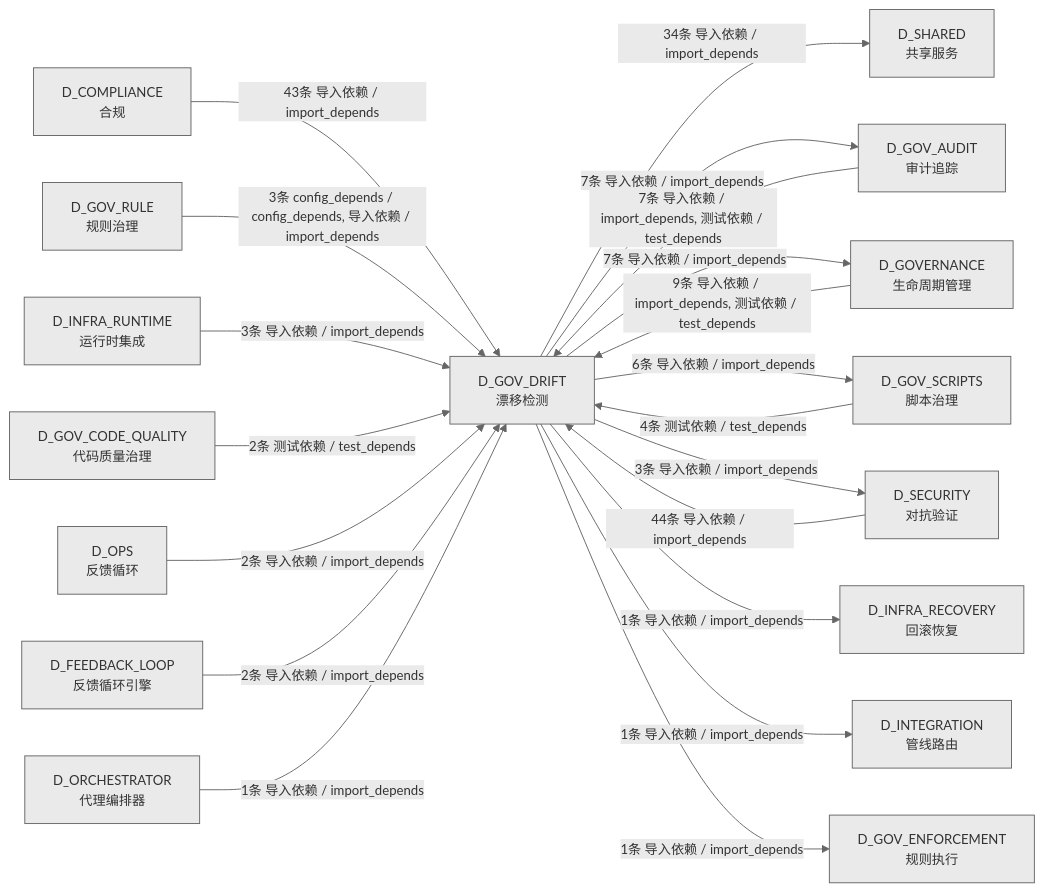
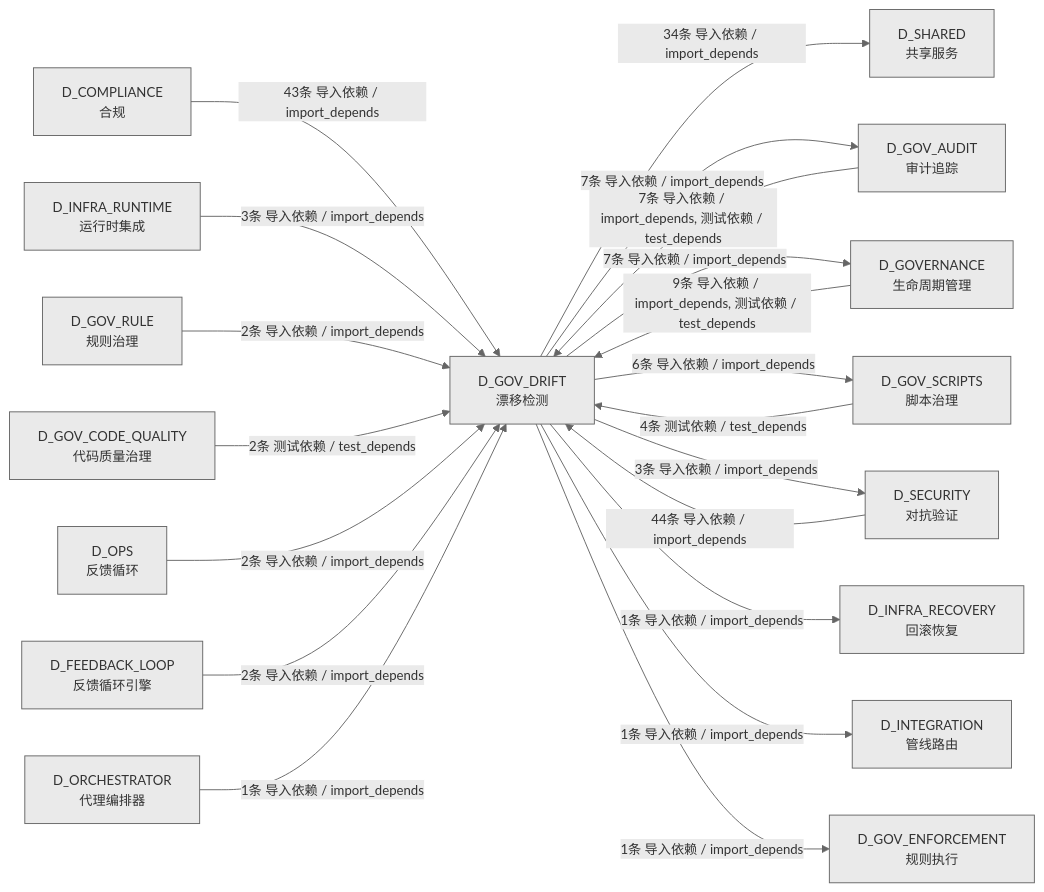
One commit to xuanFelixVan/ZephyrAlpha changed the fourth of 4 diagrams in docs/02_enterprise_architecture/02_domain_architecture_docs/52_d_gov_drift.md. Above: the diagram before and after it, drawn with Mermaid. The commit also changed other lines of this file and 122 other files, not shown here.

````diff
--- a/docs/02_enterprise_architecture/02_domain_architecture_docs/52_d_gov_drift.md
+++ b/docs/02_enterprise_architecture/02_domain_architecture_docs/52_d_gov_drift.md
@@ -657,39 +657,39 @@
 ```mermaid
 %%{init: {'theme': 'base', 'themeVariables': {'primaryColor': '#eaeaea', 'primaryTextColor': '#333333', 'primaryBorderColor': '#666666', 'lineColor': '#666666', 'secondaryColor': '#eaeaea', 'tertiaryColor': '#eaeaea', 'fontSize': '14px'}}}%%
 graph LR
     D_GOV_DRIFT["D_GOV_DRIFT<br/>漂移检测"]
     D_SHARED["D_SHARED<br/>共享服务"]
     D_GOV_AUDIT["D_GOV_AUDIT<br/>审计追踪"]
     D_GOVERNANCE["D_GOVERNANCE<br/>生命周期管理"]
     D_GOV_SCRIPTS["D_GOV_SCRIPTS<br/>脚本治理"]
     D_SECURITY["D_SECURITY<br/>对抗验证"]
     D_INFRA_RECOVERY["D_INFRA_RECOVERY<br/>回滚恢复"]
     D_INTEGRATION["D_INTEGRATION<br/>管线路由"]
     D_GOV_ENFORCEMENT["D_GOV_ENFORCEMENT<br/>规则执行"]
     D_COMPLIANCE["D_COMPLIANCE<br/>合规"]
+    D_INFRA_RUNTIME["D_INFRA_RUNTIME<br/>运行时集成"]
     D_GOV_RULE["D_GOV_RULE<br/>规则治理"]
-    D_INFRA_RUNTIME["D_INFRA_RUNTIME<br/>运行时集成"]
     D_GOV_CODE_QUALITY["D_GOV_CODE_QUALITY<br/>代码质量治理"]
     D_OPS["D_OPS<br/>反馈循环"]
     D_FEEDBACK_LOOP["D_FEEDBACK_LOOP<br/>反馈循环引擎"]
     D_ORCHESTRATOR["D_ORCHESTRATOR<br/>代理编排器"]
     D_GOV_DRIFT -->|34条 导入依赖 / import_depends| D_SHARED
     D_GOV_DRIFT -->|7条 导入依赖 / import_depends| D_GOV_AUDIT
     D_GOV_DRIFT -->|7条 导入依赖 / import_depends| D_GOVERNANCE
     D_GOV_DRIFT -->|6条 导入依赖 / import_depends| D_GOV_SCRIPTS
     D_GOV_DRIFT -->|3条 导入依赖 / import_depends| D_SECURITY
     D_GOV_DRIFT -->|1条 导入依赖 / import_depends| D_INFRA_RECOVERY
     D_GOV_DRIFT -->|1条 导入依赖 / import_depends| D_INTEGRATION
     D_GOV_DRIFT -->|1条 导入依赖 / import_depends| D_GOV_ENFORCEMENT
     D_SECURITY -->|44条 导入依赖 / import_depends| D_GOV_DRIFT
     D_COMPLIANCE -->|43条 导入依赖 / import_depends| D_GOV_DRIFT
     D_GOVERNANCE -->|9条 导入依赖 / import_depends, 测试依赖 / test_depends| D_GOV_DRIFT
     D_GOV_AUDIT -->|7条 导入依赖 / import_depends, 测试依赖 / test_depends| D_GOV_DRIFT
     D_GOV_SCRIPTS -->|4条 测试依赖 / test_depends| D_GOV_DRIFT
-    D_GOV_RULE -->|3条 config_depends / config_depends, 导入依赖 / import_depends| D_GOV_DRIFT
     D_INFRA_RUNTIME -->|3条 导入依赖 / import_depends| D_GOV_DRIFT
+    D_GOV_RULE -->|2条 导入依赖 / import_depends| D_GOV_DRIFT
     D_GOV_CODE_QUALITY -->|2条 测试依赖 / test_depends| D_GOV_DRIFT
     D_OPS -->|2条 导入依赖 / import_depends| D_GOV_DRIFT
     D_FEEDBACK_LOOP -->|2条 导入依赖 / import_depends| D_GOV_DRIFT
     D_ORCHESTRATOR -->|1条 导入依赖 / import_depends| D_GOV_DRIFT
 ```
````
